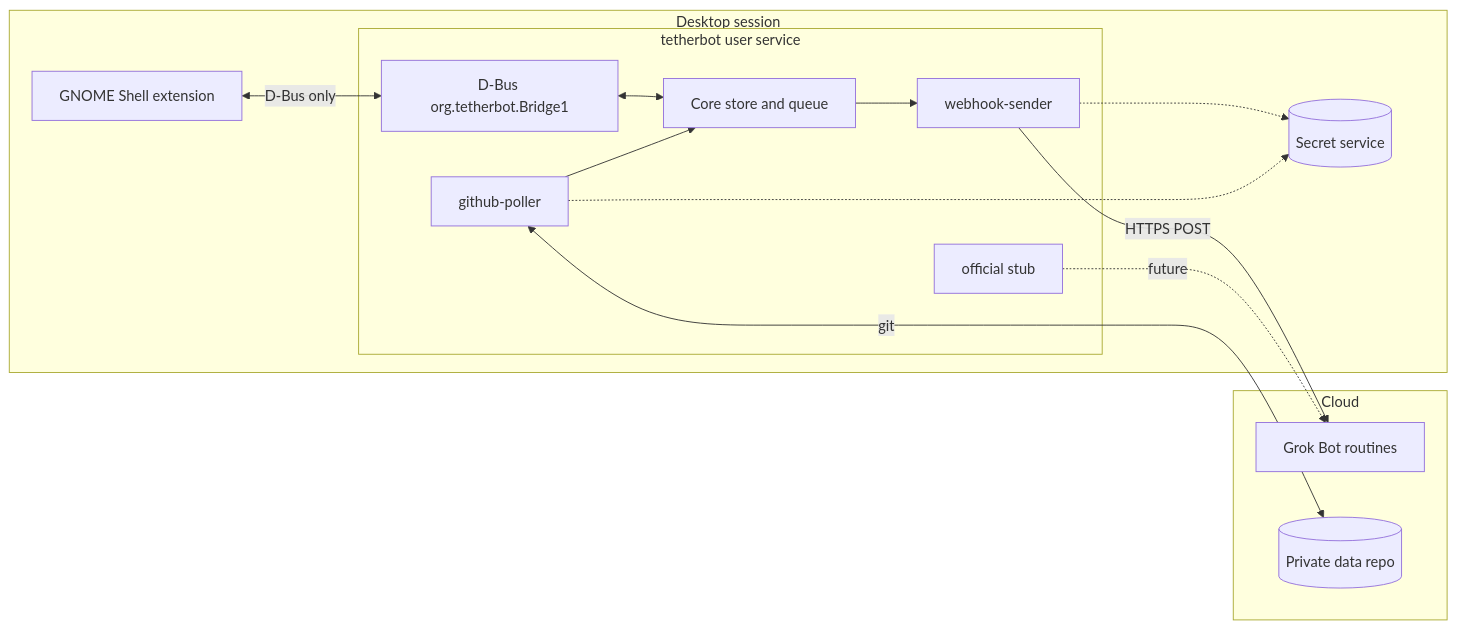
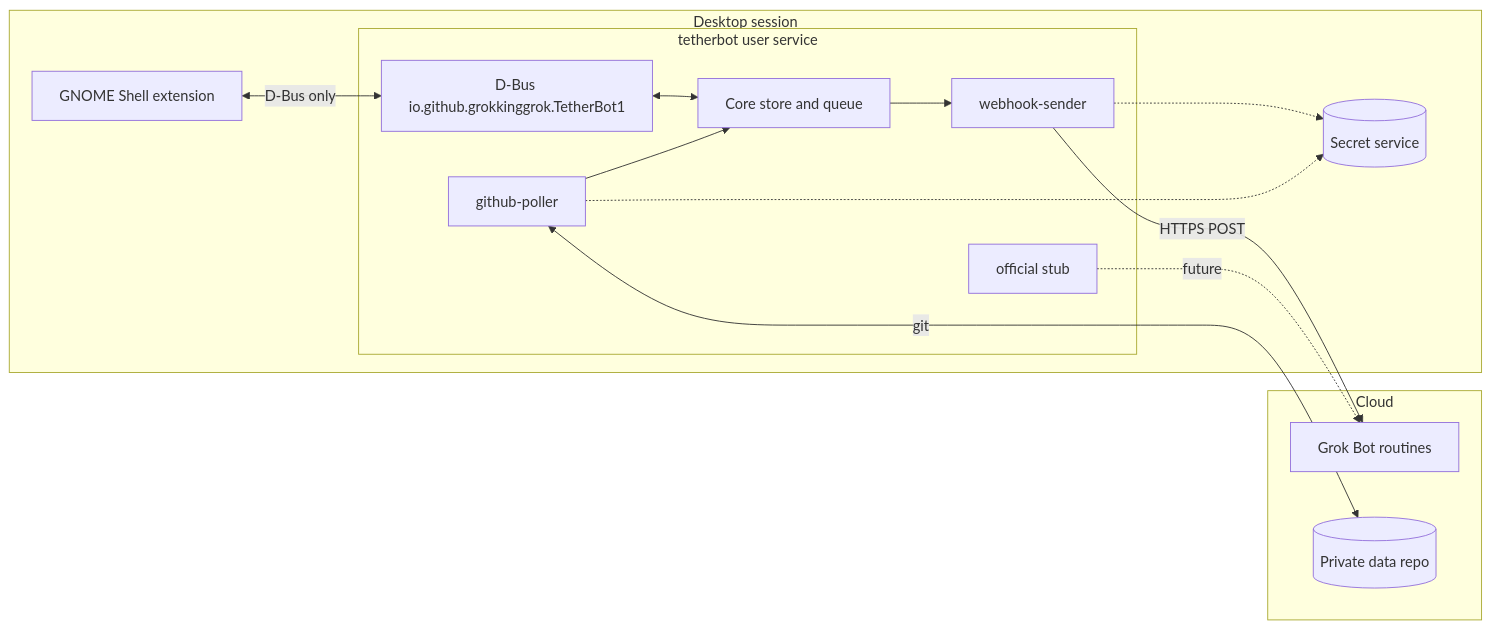
Before and after one commit to GrokkingGrok/TetherBot: the diagram in README.md, drawn with Mermaid. The commit also changed other lines of this file and 18 other files, not shown here.

````diff
--- a/README.md
+++ b/README.md
@@ -13,27 +15,27 @@
 ```mermaid
 flowchart LR
   subgraph Cloud
     GB[Grok Bot routines]
     GH[(Private data repo)]
   end
   subgraph Desktop["Desktop session"]
     subgraph Bridge["tetherbot user service"]
       CORE[Core store and queue]
       WH[webhook-sender]
       GR[github-poller]
       OF[official stub]
-      DB["D-Bus org.tetherbot.Bridge1"]
+      DB["D-Bus io.github.grokkinggrok.TetherBot1"]
     end
     KR[(Secret service)]
     EXT[GNOME Shell extension]
   end
   EXT <-->|D-Bus only| DB
   DB <--> CORE
   CORE --> WH
   WH -->|HTTPS POST| GB
   GR <-->|git| GH
   GR --> CORE
   WH -.-> KR
   GR -.-> KR
   OF -.->|future| GB
 ```
````
